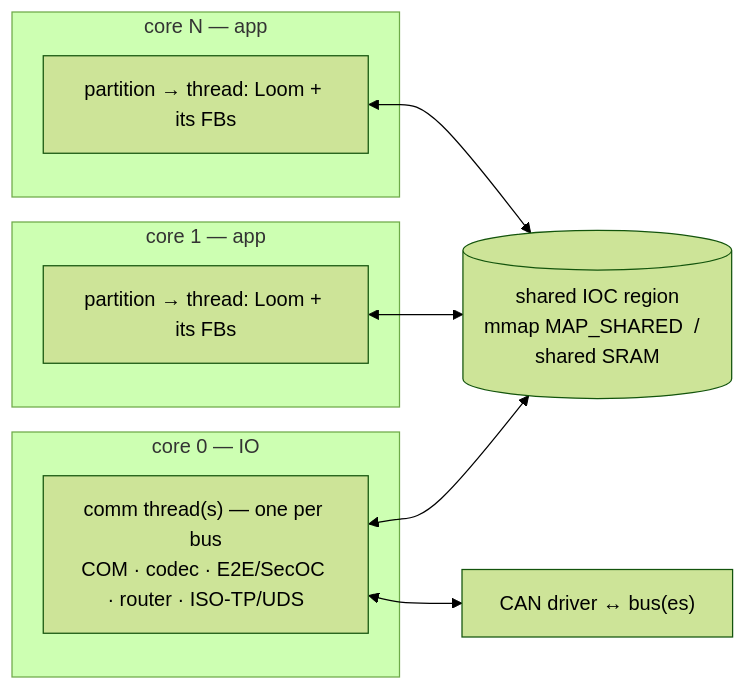
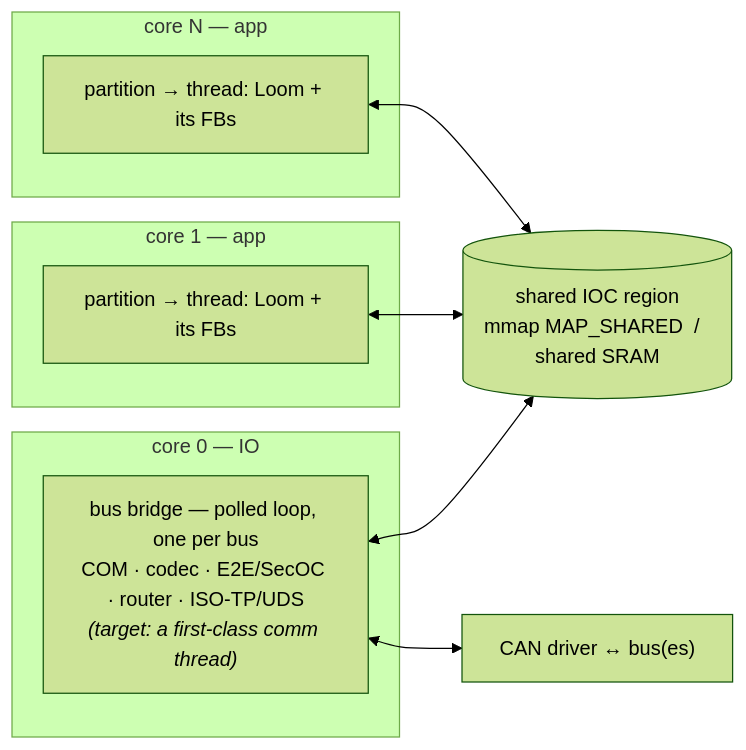
Before and after one commit to MartenH/blobly_emb: the second of 3 diagrams in docs/architecture.md, drawn with Mermaid (forest theme).

Commit message:
docs/architecture: topology diagram label matches the prose (polled bridge, comm thread = target)
Codex #53 re-review: the runtime-topology diagram still labeled the IO side
'comm thread(s) — one per bus', contradicting the prose that says today's bridge
is a polled loop and the comm thread is target-only. Relabel to 'bus bridge —
polled loop' with '(target: a first-class comm thread)'.

````diff
--- a/docs/architecture.md
+++ b/docs/architecture.md
@@ -78,19 +78,19 @@
 ```mermaid
 graph LR
   subgraph c0["core 0 — IO"]
-    BR["comm thread(s) — one per bus<br/>COM · codec · E2E/SecOC · router · ISO-TP/UDS"]
+    BR["bus bridge — polled loop, one per bus<br/>COM · codec · E2E/SecOC · router · ISO-TP/UDS<br/><i>(target: a first-class comm thread)</i>"]
   end
   subgraph c1["core 1 — app"]
     PA["partition → thread: Loom + its FBs"]
   end
   subgraph cn["core N — app"]
     PB["partition → thread: Loom + its FBs"]
   end
   SHM[("shared IOC region<br/>mmap MAP_SHARED  /  shared SRAM")]
   CAN["CAN driver ↔ bus(es)"]
 
   BR <--> SHM
   PA <--> SHM
   PB <--> SHM
   BR <--> CAN
 ```
````
